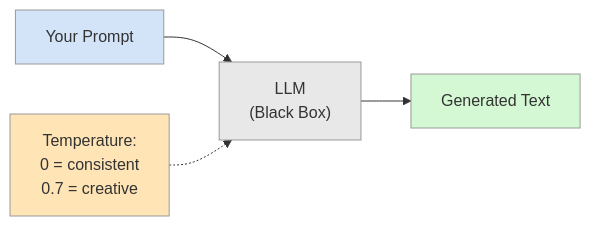
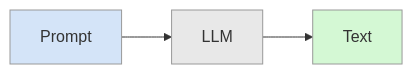
Before and after one commit to KylinDC/llm-session: the second of 11 diagrams in slides.md, drawn with Mermaid. The commit also changed other lines of this file and 2 other files, not shown here.

````diff
--- a/slides.md
+++ b/slides.md
@@ -139,12 +124,9 @@
 ```mermaid
 graph LR
-    A["Your Prompt"] --> B["LLM<br/>(Black Box)"]
-    B --> C["Generated Text"]
-
-    D["Temperature:<br/>0 = consistent<br/>0.7 = creative"] -.-> B
+    A["Prompt"] --> B["LLM"]
+    B --> C["Text"]
 
     style B fill:#E8E8E8,stroke:#999,color:#333
     style A fill:#D4E4F8,stroke:#999,color:#333
     style C fill:#D4F8D4,stroke:#999,color:#333
-    style D fill:#FFE4B5,stroke:#999,color:#333
 ```
````
